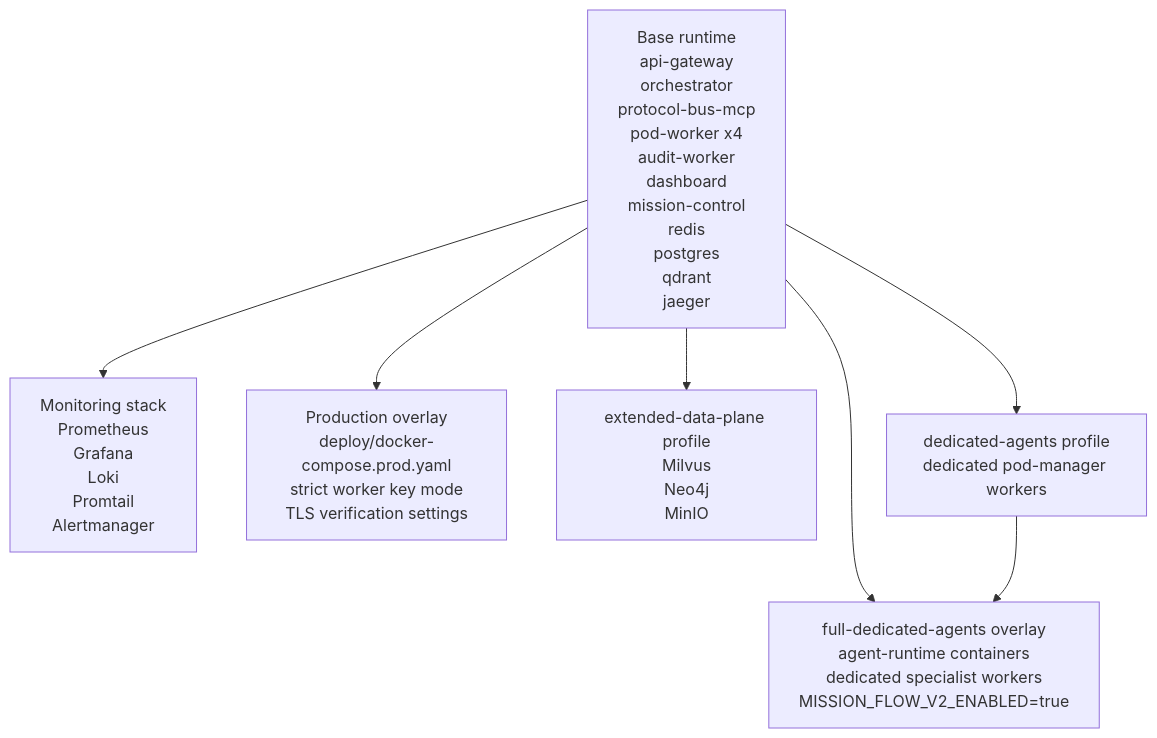
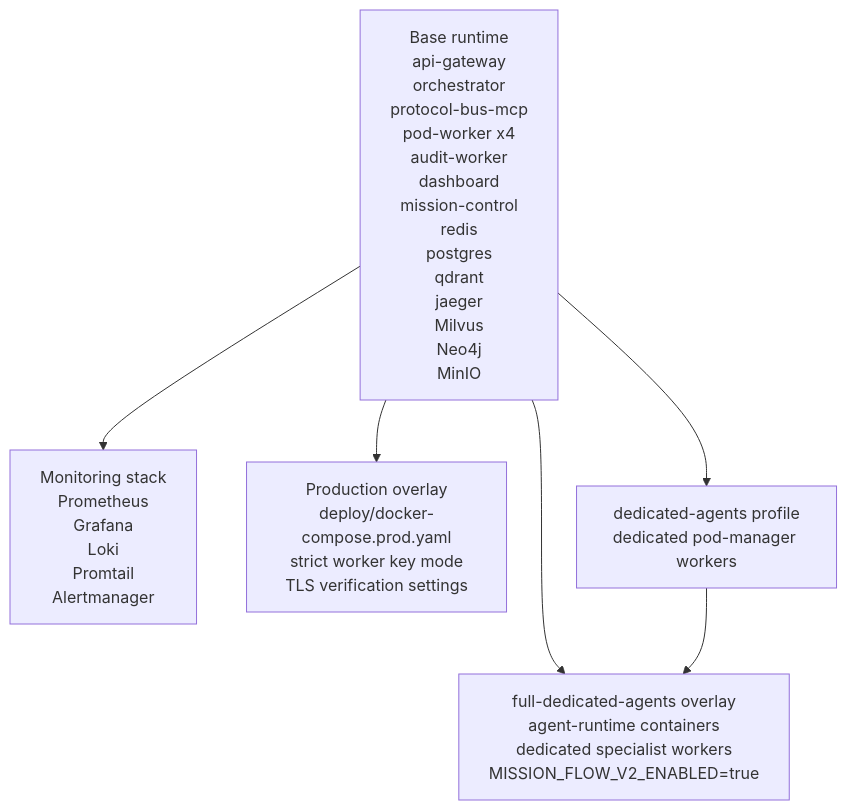
The seventh of 8 diagrams in docs/ARCHITECTURE_DIAGRAMS.md (kherrera6219/theFactory), drawn with Mermaid before and after one commit. The commit also changed 10 other files, not shown here.

````diff
--- a/docs/ARCHITECTURE_DIAGRAMS.md
+++ b/docs/ARCHITECTURE_DIAGRAMS.md
@@ -348,16 +348,14 @@
 ```mermaid
 flowchart TB
-    Base["Base runtime\napi-gateway\norchestrator\nprotocol-bus-mcp\npod-worker x4\naudit-worker\ndashboard\nmission-control\nredis\npostgres\nqdrant\njaeger"]
+    Base["Base runtime\napi-gateway\norchestrator\nprotocol-bus-mcp\npod-worker x4\naudit-worker\ndashboard\nmission-control\nredis\npostgres\nqdrant\njaeger\nMilvus\nNeo4j\nMinIO"]
     Monitoring["Monitoring stack\nPrometheus\nGrafana\nLoki\nPromtail\nAlertmanager"]
     Prod["Production overlay\ndeploy/docker-compose.prod.yaml\nstrict worker key mode\nTLS verification settings"]
-    Extended["extended-data-plane profile\nMilvus\nNeo4j\nMinIO"]
     Dedicated["dedicated-agents profile\ndedicated pod-manager workers"]
     FullDedicated["full-dedicated-agents overlay\nagent-runtime containers\ndedicated specialist workers\nMISSION_FLOW_V2_ENABLED=true"]
 
     Base --> Monitoring
     Base --> Prod
-    Base --> Extended
     Base --> Dedicated
     Base --> FullDedicated
     Dedicated --> FullDedicated
 ```
````
